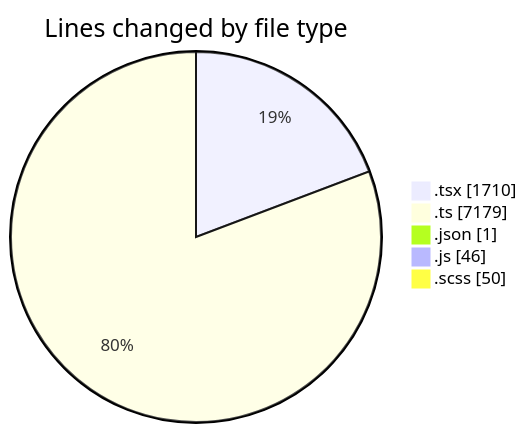
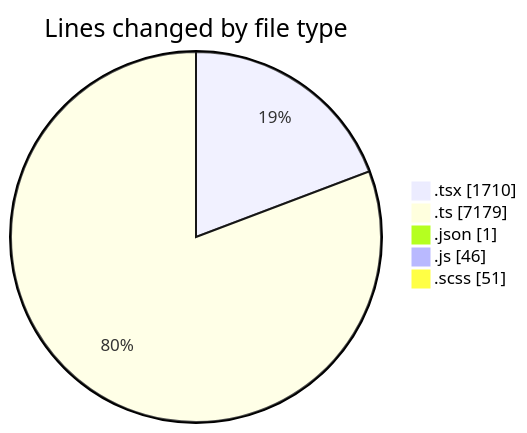
Before and after one commit to momahboobian/code-tracking: the first of 2 diagrams in 2026-09-17/cda/README.md, drawn with Mermaid. The commit also changed other lines of this file and 1 other file, not shown here.

````diff
--- a/2026-09-17/cda/README.md
+++ b/2026-09-17/cda/README.md
@@ -41,9 +41,9 @@
 ```mermaid
 pie showData
 title Lines changed by file type
 ".tsx" : 1710
 ".ts" : 7179
 ".json" : 1
 ".js" : 46
-".scss" : 50
+".scss" : 51
 ```
````
